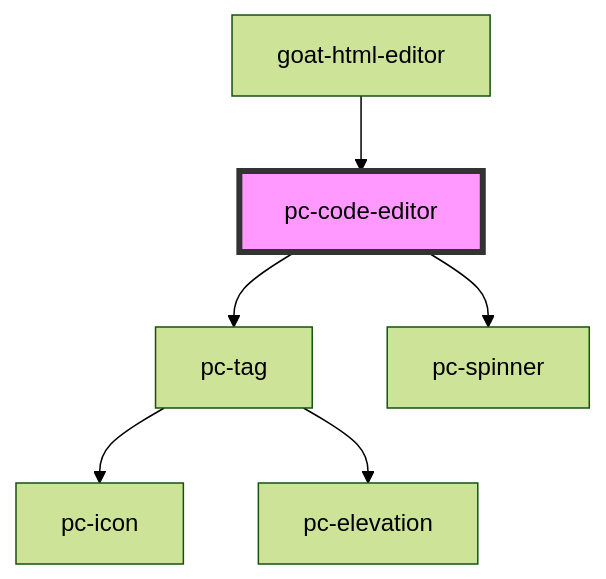
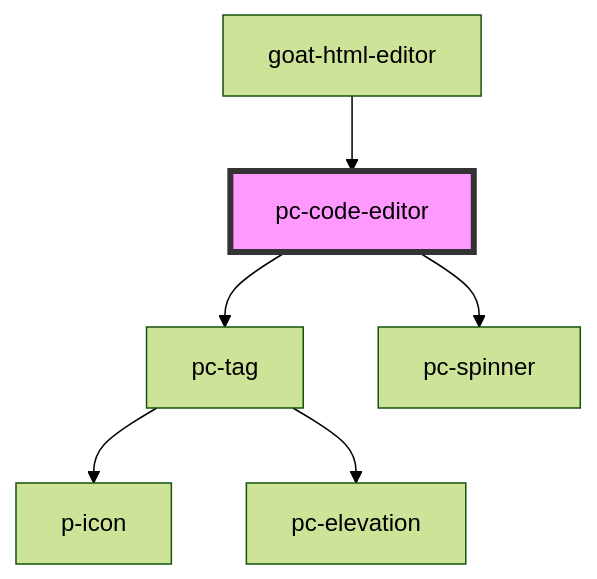
One commit to redvars/peacock changed the diagram in src/components/input-controls/code-editor/readme.md. Above: the diagram before and after it, drawn with Mermaid (forest theme). The commit also changed 94 other files, not shown here.

````diff
--- a/src/components/input-controls/code-editor/readme.md
+++ b/src/components/input-controls/code-editor/readme.md
@@ -78,9 +78,9 @@
 ```mermaid
 graph TD;
   pc-code-editor --> pc-tag
   pc-code-editor --> pc-spinner
-  pc-tag --> pc-icon
+  pc-tag --> p-icon
   pc-tag --> pc-elevation
   goat-html-editor --> pc-code-editor
   style pc-code-editor fill:#f9f,stroke:#333,stroke-width:4px
 ```
````
